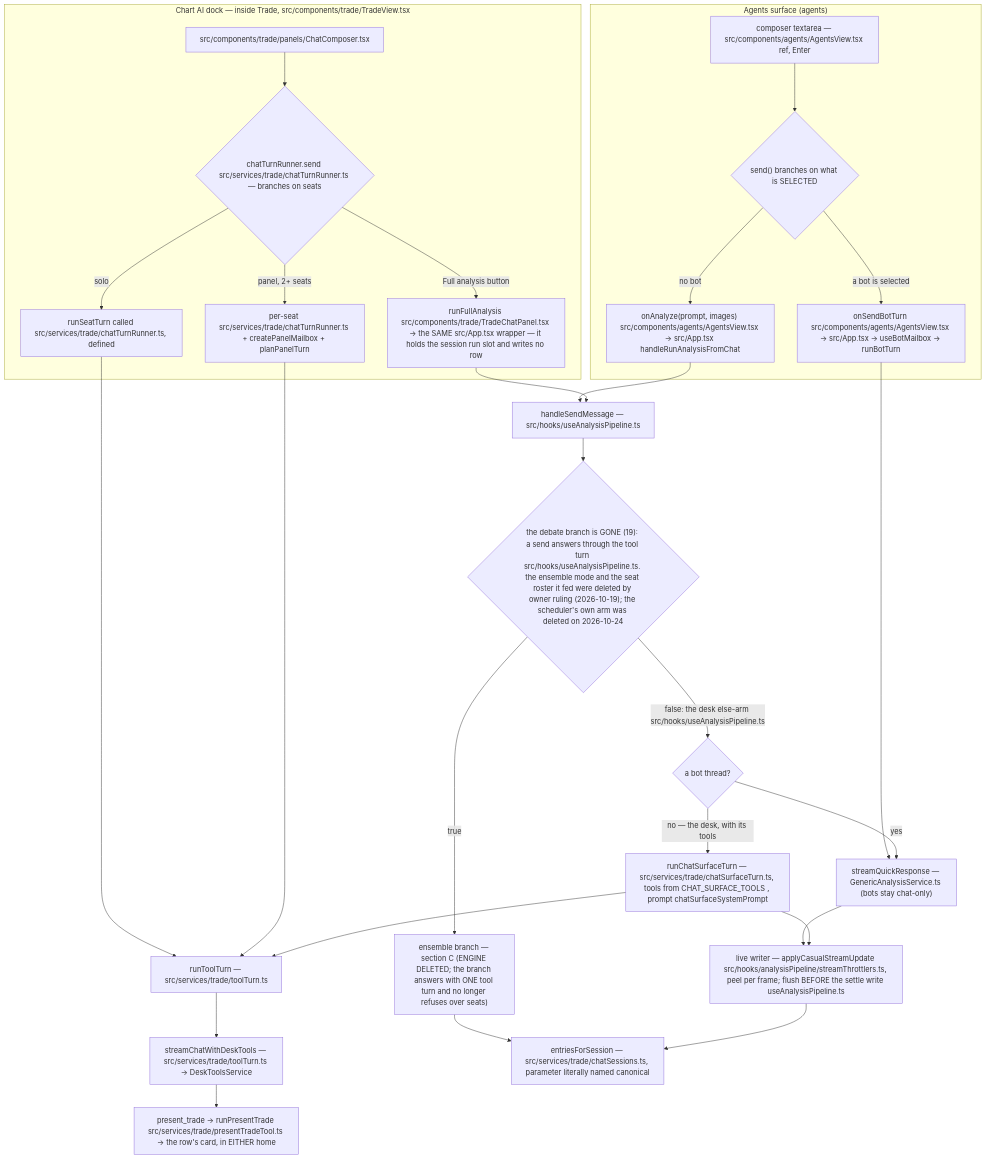
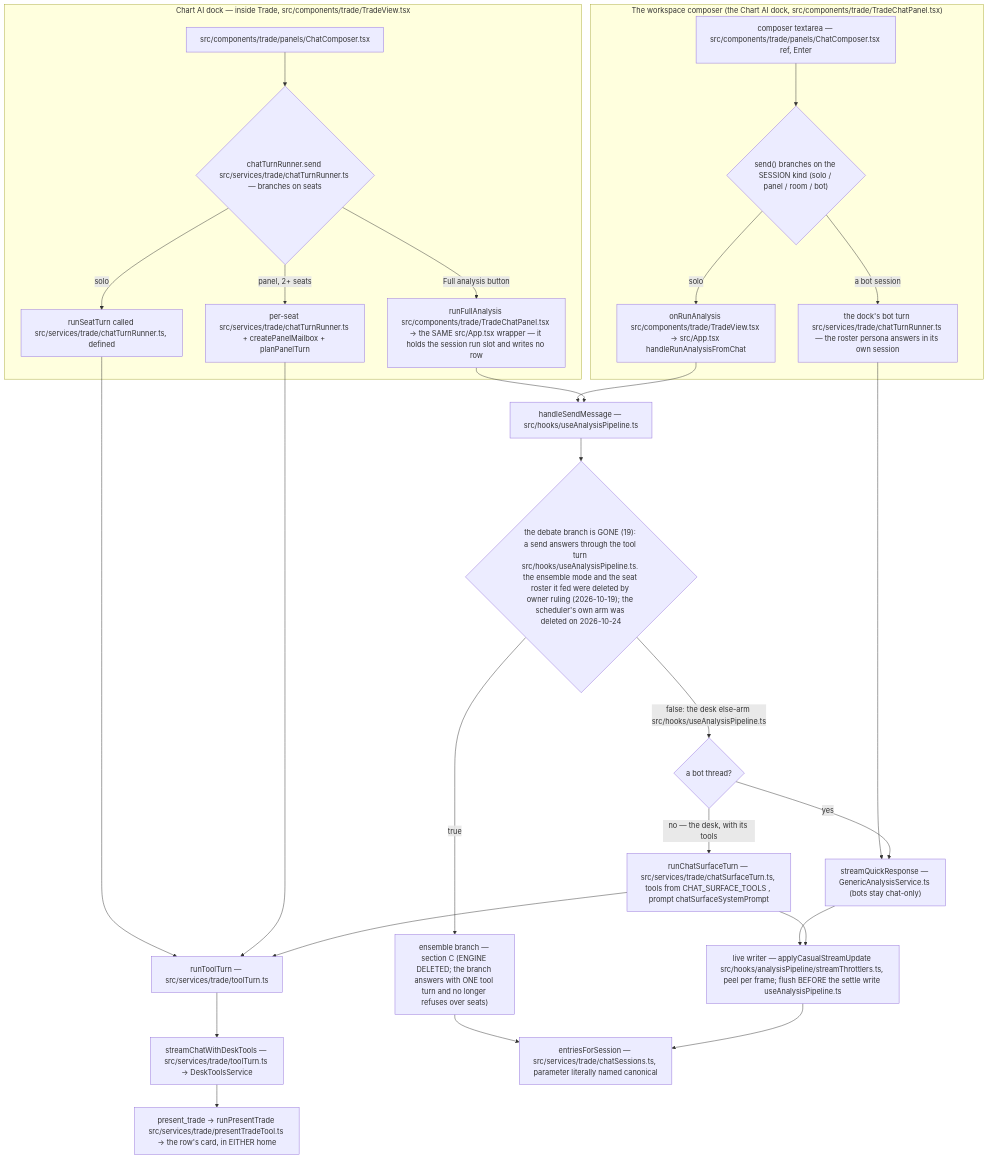
One commit to KILLER3UG/augustTrading changed the second of 8 diagrams in docs/architecture/system-map.md. Above: the diagram before and after it, drawn with Mermaid. The commit also changed other lines of this file and 17 other files, not shown here.

````diff
--- a/docs/architecture/system-map.md
+++ b/docs/architecture/system-map.md
@@ -50,31 +50,31 @@
 ```mermaid
 flowchart TD
-    subgraph CHAT["Agents surface (agents)"]
-        CB["composer textarea — src/components/agents/AgentsView.tsx ref, Enter"] --> D1{"send() branches on what is SELECTED"}
-        D1 -->|a bot is selected| BOT["onSendBotTurn src/components/agents/AgentsView.tsx → src/App.tsx → useBotMailbox → runBotTurn"]
-        D1 -->|no bot| AN["onAnalyze(prompt, images) src/components/agents/AgentsView.tsx → src/App.tsx handleRunAnalysisFromChat"]
+    subgraph CHAT["The workspace composer (the Chart AI dock, src/components/trade/TradeChatPanel.tsx)"]
+        CB["composer textarea — src/components/trade/panels/ChatComposer.tsx ref, Enter"] --> D1{"send() branches on the SESSION kind (solo / panel / room / bot)"}
+        D1 -->|a bot session| BOT["the dock's bot turn src/services/trade/chatTurnRunner.ts — the roster persona answers in its own session"]
+        D1 -->|solo| AN["onRunAnalysis src/components/trade/TradeView.tsx → src/App.tsx handleRunAnalysisFromChat"]
     end
     subgraph DOCK["Chart AI dock — inside Trade, src/components/trade/TradeView.tsx"]
         DC["src/components/trade/panels/ChatComposer.tsx "] --> D2{"chatTurnRunner.send src/services/trade/chatTurnRunner.ts — branches on seats"}
         D2 -->|solo| SO["runSeatTurn called src/services/trade/chatTurnRunner.ts, defined "]
         D2 -->|panel, 2+ seats| PN["per-seat src/services/trade/chatTurnRunner.ts + createPanelMailbox + planPanelTurn"]
         D2 -->|Full analysis button| FA["runFullAnalysis src/components/trade/TradeChatPanel.tsx → the SAME src/App.tsx wrapper — it holds the session run slot and writes no row"]
     end
     SO --> TT["runToolTurn — src/services/trade/toolTurn.ts"]
     PN --> TT
     TT --> SCDT["streamChatWithDeskTools — src/services/trade/toolTurn.ts → DeskToolsService"]
     BOT --> TR["streamQuickResponse — GenericAnalysisService.ts (bots stay chat-only)"]
     AN --> HSM["handleSendMessage — src/hooks/useAnalysisPipeline.ts"]
     FA --> HSM
     HSM --> D3{"the debate branch is GONE (19): a send answers through the tool turn src/hooks/useAnalysisPipeline.ts. the ensemble mode and the seat roster it fed were deleted by owner ruling (2026-10-19); the scheduler's own arm was deleted on 2026-10-24"}
     D3 -->|true| ENS["ensemble branch — section C (ENGINE DELETED; the branch answers with ONE tool turn and no longer refuses over seats)"]
     D3 -->|false: the desk else-arm src/hooks/useAnalysisPipeline.ts| SPLIT{"a bot thread? "}
     SPLIT -->|yes| TR
     SPLIT -->|no — the desk, with its tools| CST["runChatSurfaceTurn — src/services/trade/chatSurfaceTurn.ts, tools from CHAT_SURFACE_TOOLS , prompt chatSurfaceSystemPrompt "]
     CST --> TT
     TR --> LW["live writer — applyCasualStreamUpdate src/hooks/analysisPipeline/streamThrottlers.ts, peel per frame; flush BEFORE the settle write useAnalysisPipeline.ts"]
     CST --> LW
     ENS --> MERGE
     LW --> MERGE["entriesForSession — src/services/trade/chatSessions.ts, parameter literally named canonical "]
     SCDT --> PT["present_trade → runPresentTrade src/services/trade/presentTradeTool.ts → the row's card, in EITHER home"]
 ```
````
